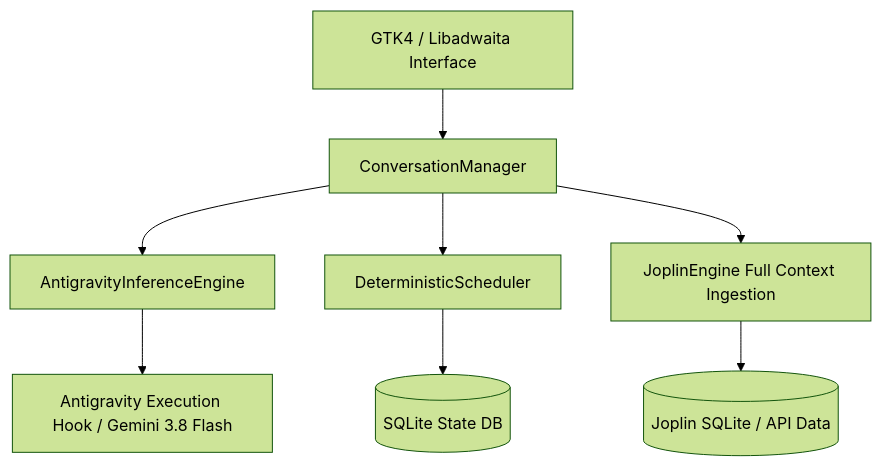
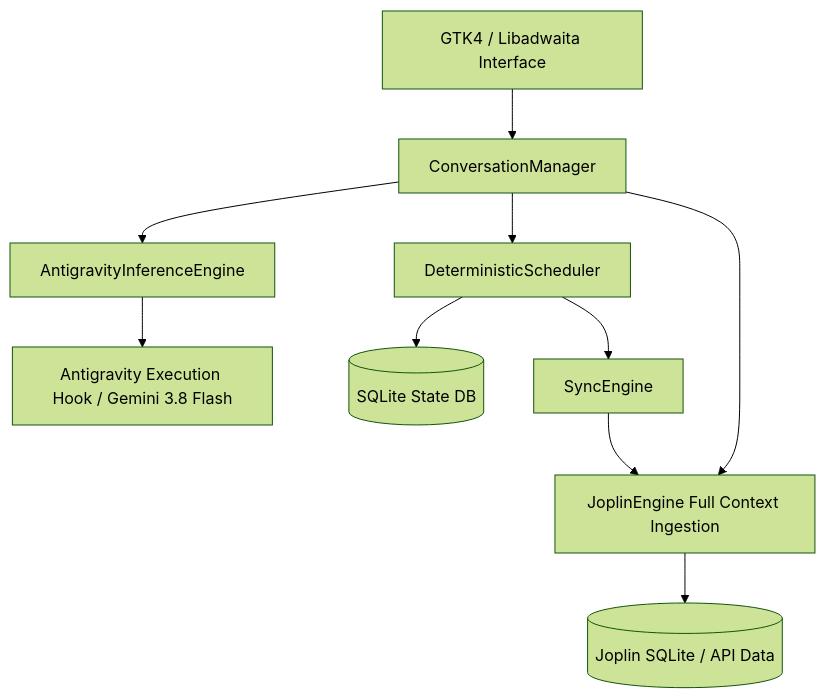
One commit to snakeeyes021/thirties changed the second of 2 diagrams in docs/BRANCH_STRATEGY_AND_DESIGN.md. Above: the diagram before and after it, drawn with Mermaid (forest theme). The commit also changed other lines of this file and 121 other files, not shown here.

Commit message:
docs: archive historical specs, document Joplin cross-device sync, and define backporting protocol

````diff
--- a/docs/BRANCH_STRATEGY_AND_DESIGN.md
+++ b/docs/BRANCH_STRATEGY_AND_DESIGN.md
@@ -47,10 +140,12 @@
 ```mermaid
 graph TD
     UI[GTK4 / Libadwaita Interface] --> CM[ConversationManager]
     CM --> Engine[AntigravityInferenceEngine]
     Engine --> AGY[Antigravity Execution Hook / Gemini 3.8 Flash]
     CM --> Scheduler[DeterministicScheduler]
     Scheduler --> DB[(SQLite State DB)]
     CM --> Joplin[JoplinEngine Full Context Ingestion]
     Joplin --> Notes[(Joplin SQLite / API Data)]
+    Scheduler --> Sync[SyncEngine]
+    Sync --> Joplin
 ```
````
